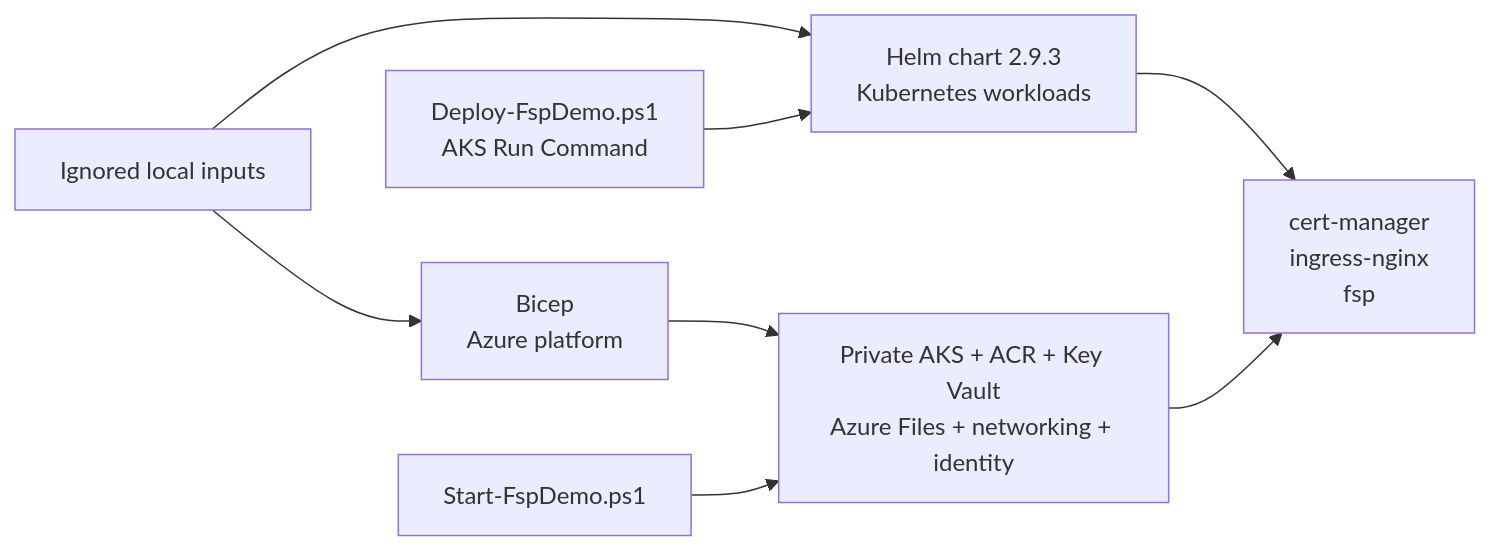
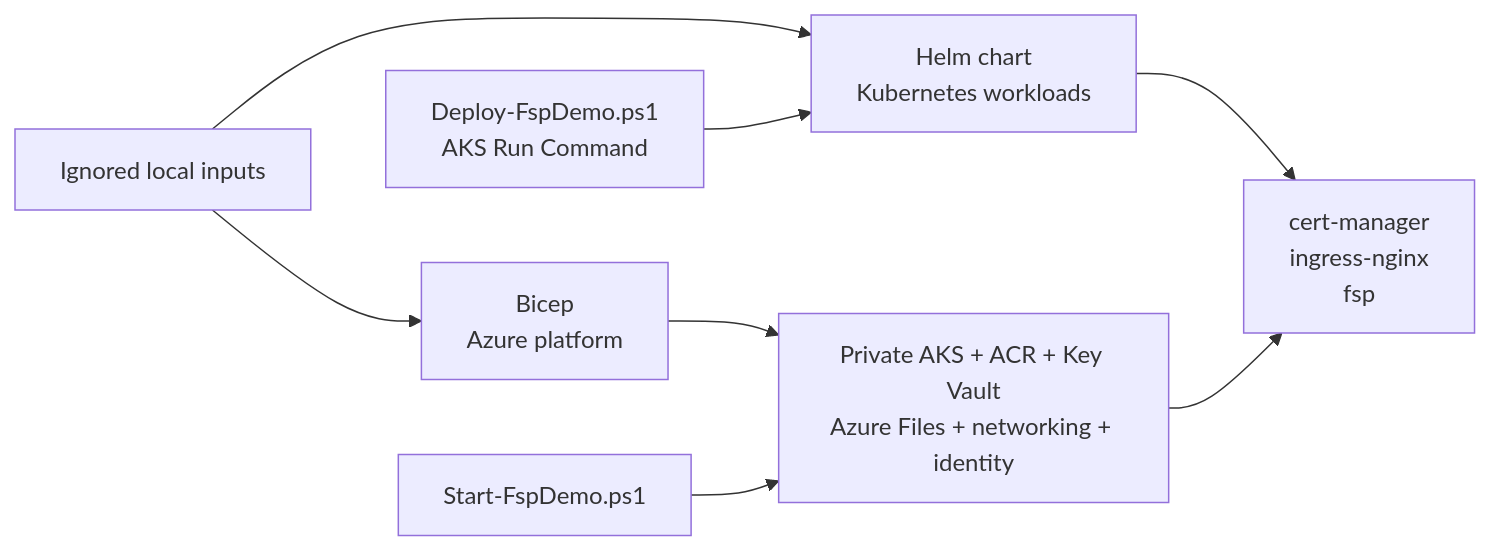
Before and after one commit to Andreas-bersgtedt/Fabric-Shortcut-Proxy: the fifth of 5 diagrams in docs/manual/03-architecture.md, drawn with Mermaid. The commit also changed 40 other files, not shown here.

````diff
--- a/docs/manual/03-architecture.md
+++ b/docs/manual/03-architecture.md
@@ -214,10 +214,10 @@
 ```mermaid
 flowchart LR
   PARAMS[Ignored local inputs] --> BICEP[Bicep<br/>Azure platform]
-  PARAMS --> HELM[Helm chart 2.9.3<br/>Kubernetes workloads]
+  PARAMS --> HELM[Helm chart<br/>Kubernetes workloads]
   BICEP --> AKS[Private AKS + ACR + Key Vault<br/>Azure Files + networking + identity]
   START[Start-FspDemo.ps1] --> AKS
   DEPLOY[Deploy-FspDemo.ps1<br/>AKS Run Command] --> HELM
   HELM --> RELEASES[cert-manager<br/>ingress-nginx<br/>fsp]
   AKS --> RELEASES
 ```
````
